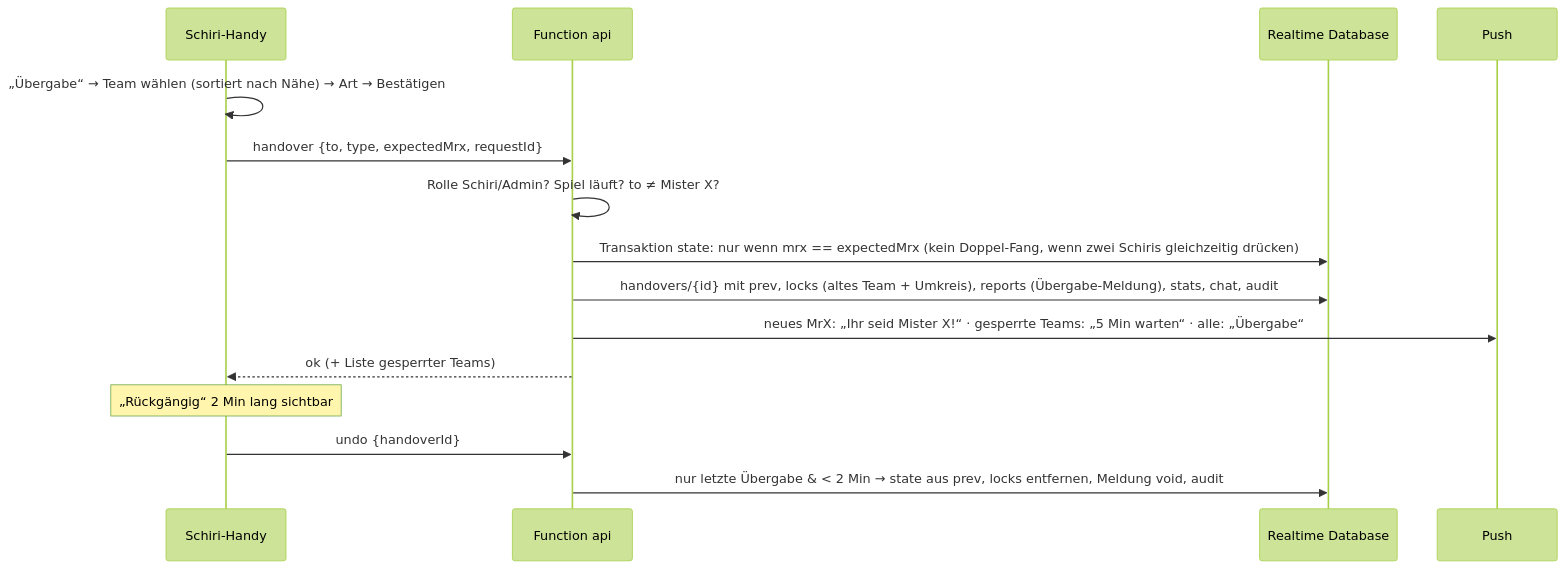
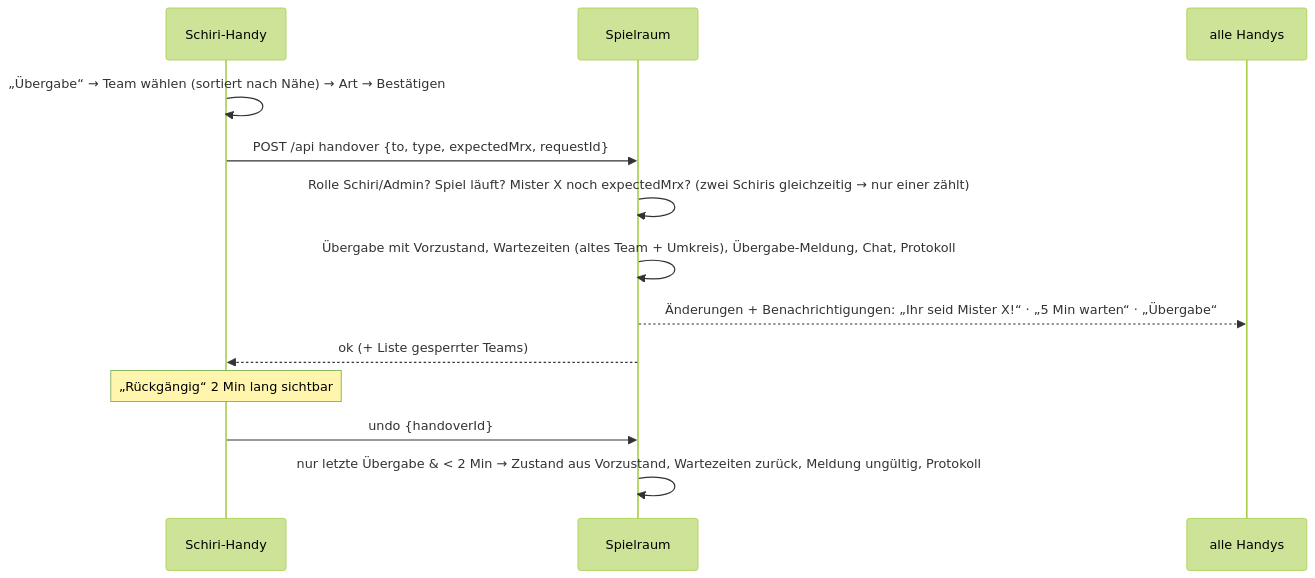
Before and after one commit to peter-mayrhofer/Mr.-X: the third of 4 diagrams in docs/KONZEPT.md, drawn with Mermaid (forest theme). The commit also changed other lines of this file and 12 other files, not shown here.

````diff
--- a/docs/KONZEPT.md
+++ b/docs/KONZEPT.md
@@ -232,17 +218,15 @@
 ```mermaid
 sequenceDiagram
   participant S as Schiri-Handy
-  participant A as Function api
-  participant DB as Realtime Database
-  participant FCM as Push
+  participant R as Spielraum
+  participant H as alle Handys
   S->>S: „Übergabe“ → Team wählen (sortiert nach Nähe) → Art → Bestätigen
-  S->>A: handover {to, type, expectedMrx, requestId}
-  A->>A: Rolle Schiri/Admin? Spiel läuft? to ≠ Mister X?
-  A->>DB: Transaktion state: nur wenn mrx == expectedMrx (kein Doppel-Fang, wenn zwei Schiris gleichzeitig drücken)
-  A->>DB: handovers/{id} mit prev, locks (altes Team + Umkreis), reports (Übergabe-Meldung), stats, chat, audit
-  A->>FCM: neues MrX: „Ihr seid Mister X!“ · gesperrte Teams: „5 Min warten“ · alle: „Übergabe“
-  A-->>S: ok (+ Liste gesperrter Teams)
+  S->>R: POST /api handover {to, type, expectedMrx, requestId}
+  R->>R: Rolle Schiri/Admin? Spiel läuft? Mister X noch expectedMrx? (zwei Schiris gleichzeitig → nur einer zählt)
+  R->>R: Übergabe mit Vorzustand, Wartezeiten (altes Team + Umkreis), Übergabe-Meldung, Chat, Protokoll
+  R-->>H: Änderungen + Benachrichtigungen: „Ihr seid Mister X!“ · „5 Min warten“ · „Übergabe“
+  R-->>S: ok (+ Liste gesperrter Teams)
   Note over S: „Rückgängig“ 2 Min lang sichtbar
-  S->>A: undo {handoverId}
-  A->>DB: nur letzte Übergabe & < 2 Min → state aus prev, locks entfernen, Meldung void, audit
+  S->>R: undo {handoverId}
+  R->>R: nur letzte Übergabe & < 2 Min → Zustand aus Vorzustand, Wartezeiten zurück, Meldung ungültig, Protokoll
 ```
````
